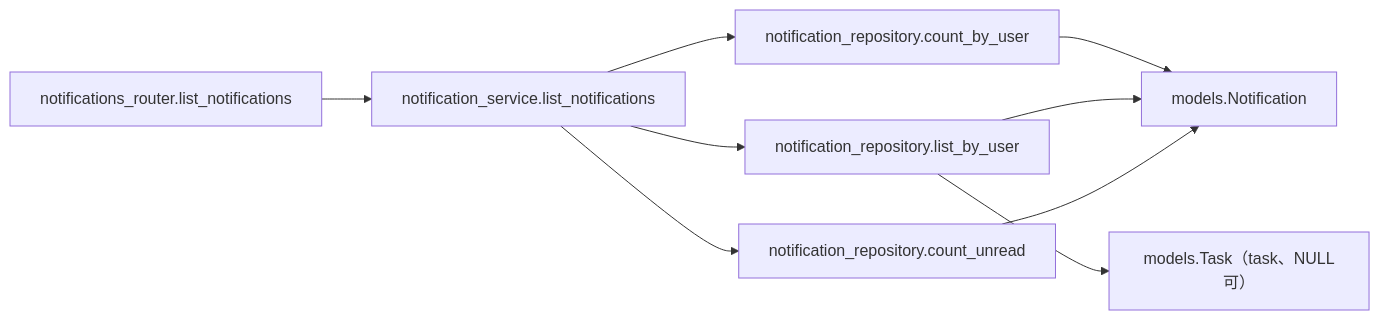
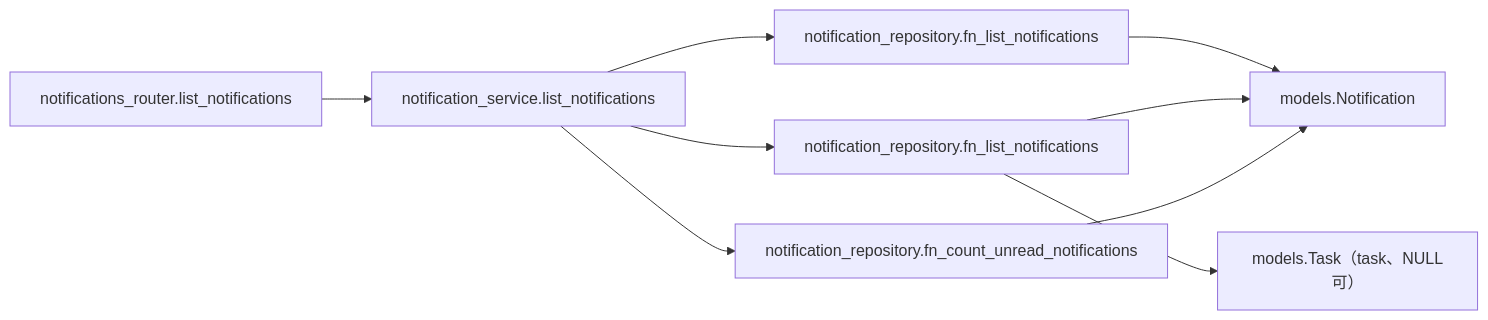
The third of 4 diagrams in detailed_design/api/notifications/01_get_notifications.md (oikawa-d/task_management), drawn with Mermaid before and after one commit. The commit also changed other lines of this file and 58 other files, not shown here.

````diff
--- a/detailed_design/api/notifications/01_get_notifications.md
+++ b/detailed_design/api/notifications/01_get_notifications.md
@@ -204,11 +204,11 @@
 ```mermaid
 flowchart LR
     R["notifications_router.list_notifications"] --> S["notification_service.list_notifications"]
-    S --> NR1["notification_repository.count_by_user"]
-    S --> NR2["notification_repository.list_by_user"]
-    S --> NR3["notification_repository.count_unread"]
+    S --> NR1["notification_repository.fn_list_notifications"]
+    S --> NR2["notification_repository.fn_list_notifications"]
+    S --> NR3["notification_repository.fn_count_unread_notifications"]
     NR1 --> M["models.Notification"]
     NR2 --> M
     NR2 --> MT["models.Task（task、NULL可）"]
     NR3 --> M
 ```
````
